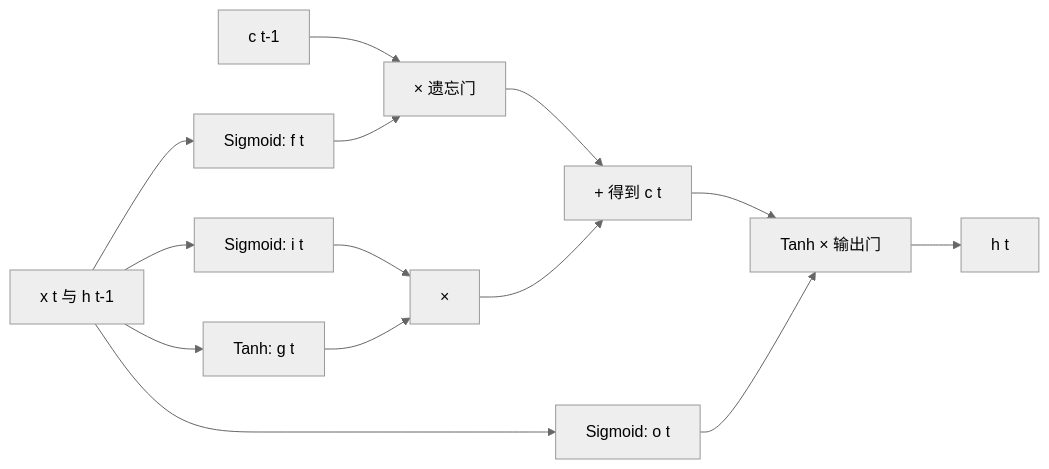
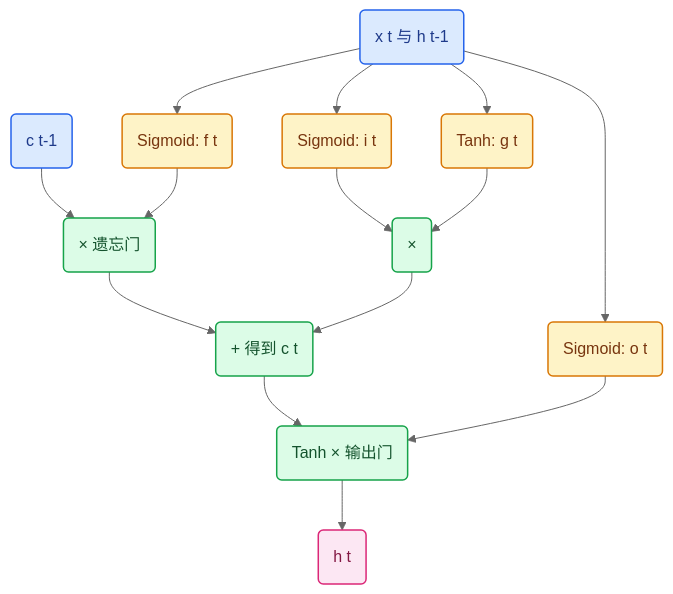
Before and after one commit to XuelinHu/blogs: the diagram in docs/posts/AI基础/LSTM长短期记忆网络原理与源码解读.md, drawn with Mermaid (neutral theme). The commit also changed 10 other files, not shown here.

Commit message:
style: improve mermaid flowchart layout and colors

````diff
--- a/docs/posts/AI基础/LSTM长短期记忆网络原理与源码解读.md
+++ b/docs/posts/AI基础/LSTM长短期记忆网络原理与源码解读.md
@@ -75,16 +75,20 @@
 ```mermaid
-flowchart LR
-    C0[c t-1] --> MUL1[× 遗忘门]
-    X[x t 与 h t-1] --> F[Sigmoid: f t]
+flowchart TB
+    classDef state fill:#dbeafe,stroke:#2563eb,color:#1e3a8a,stroke-width:1.5px
+    classDef gate fill:#fef3c7,stroke:#d97706,color:#78350f,stroke-width:1.5px
+    classDef memory fill:#dcfce7,stroke:#16a34a,color:#14532d,stroke-width:1.5px
+    classDef output fill:#fce7f3,stroke:#db2777,color:#831843,stroke-width:1.5px
+    C0(c t-1):::state --> MUL1(× 遗忘门):::memory
+    X(x t 与 h t-1):::state --> F(Sigmoid: f t):::gate
     F --> MUL1
-    X --> I[Sigmoid: i t]
-    X --> G[Tanh: g t]
-    I --> MUL2[×]
+    X --> I(Sigmoid: i t):::gate
+    X --> G(Tanh: g t):::gate
+    I --> MUL2(×):::memory
     G --> MUL2
-    MUL1 --> ADD[+ 得到 c t]
+    MUL1 --> ADD(+ 得到 c t):::memory
     MUL2 --> ADD
-    ADD --> OUT[Tanh × 输出门]
-    X --> O[Sigmoid: o t]
+    ADD --> OUT(Tanh × 输出门):::memory
+    X --> O(Sigmoid: o t):::gate
     O --> OUT
-    OUT --> H[h t]
+    OUT --> H(h t):::output
 ```
````
